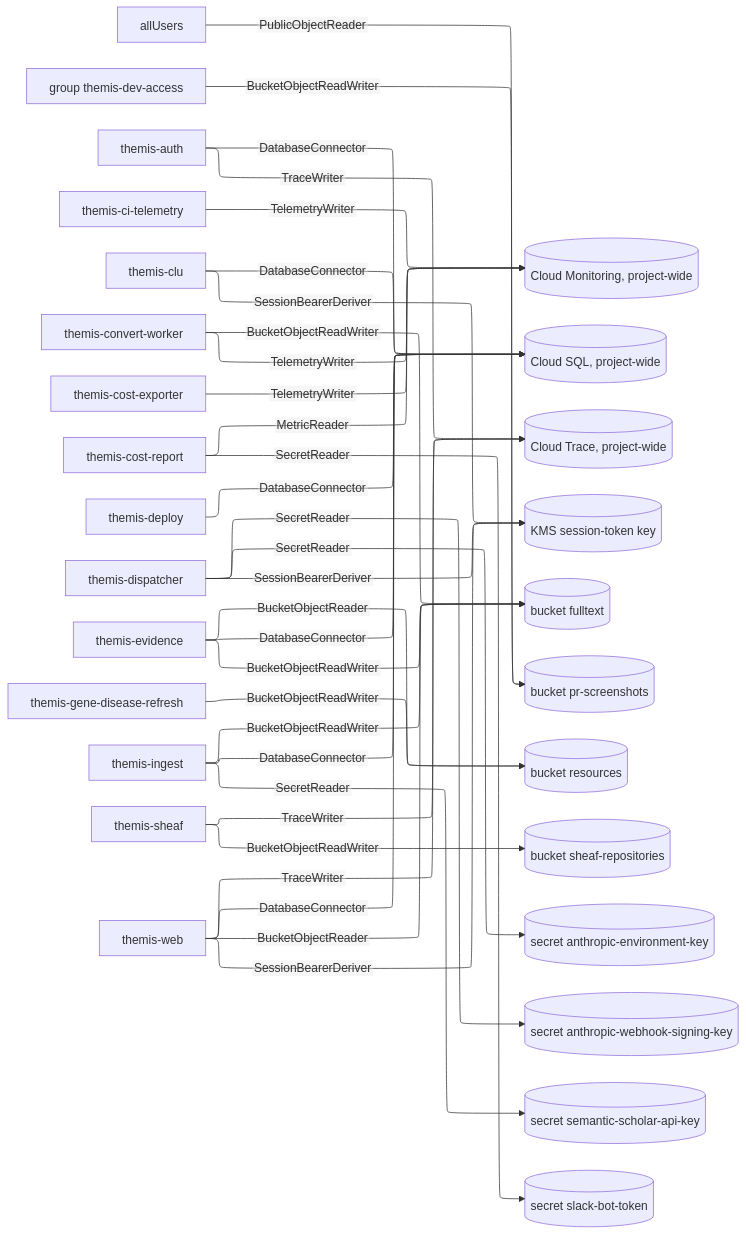
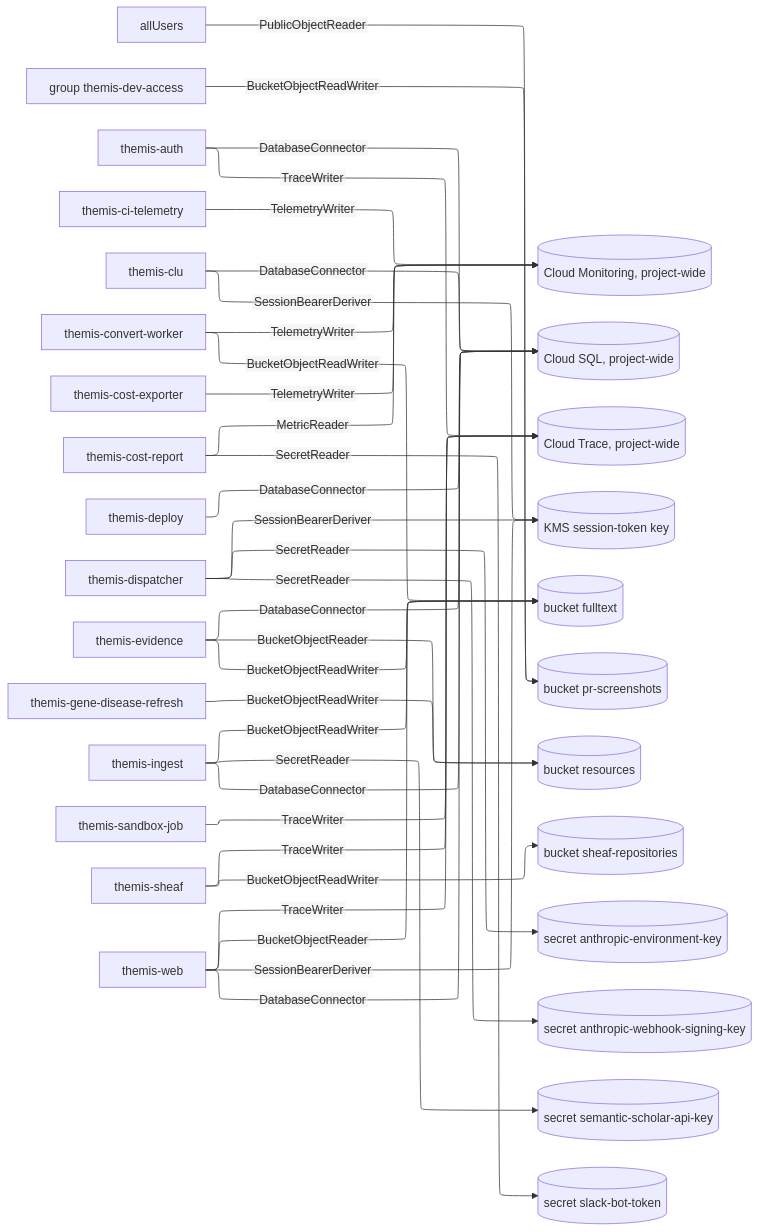
Before and after one commit to populationgenomics/themis: the diagram in docs/design/grants/data.mmd, drawn with Mermaid. The commit also changed 12 other files, not shown here.

First line of the commit message:
sandbox: each session is a trace in Cloud Trace, with a span for every tool call (#802)

```diff
--- a/docs/design/grants/data.mmd
+++ b/docs/design/grants/data.mmd
@@ -1,58 +1,60 @@
 %%{init: {"layout": "elk", "elk": {"mergeEdges": true, "nodePlacementStrategy": "NETWORK_SIMPLEX"}, "htmlLabels": false, "flowchart": {"htmlLabels": false, "wrappingWidth": 320}}}%%
 flowchart LR
     n0["allUsers"]
     n1["group themis-dev-access"]
     n2["themis-auth"]
     n3["themis-ci-telemetry"]
     n4["themis-clu"]
     n5["themis-convert-worker"]
     n6["themis-cost-exporter"]
     n7["themis-cost-report"]
     n8["themis-deploy"]
     n9["themis-dispatcher"]
     n10["themis-evidence"]
     n11["themis-gene-disease-refresh"]
     n12["themis-ingest"]
-    n13["themis-sheaf"]
-    n14["themis-web"]
-    n15[("Cloud Monitoring, project-wide")]
-    n16[("Cloud SQL, project-wide")]
-    n17[("Cloud Trace, project-wide")]
-    n18[("KMS session-token key")]
-    n19[("bucket fulltext")]
-    n20[("bucket pr-screenshots")]
-    n21[("bucket resources")]
-    n22[("bucket sheaf-repositories")]
-    n23[("secret anthropic-environment-key")]
-    n24[("secret anthropic-webhook-signing-key")]
-    n25[("secret semantic-scholar-api-key")]
-    n26[("secret slack-bot-token")]
-    n0 -->|PublicObjectReader| n20
-    n1 -->|BucketObjectReadWriter| n20
-    n2 -->|DatabaseConnector| n16
-    n2 -->|TraceWriter| n17
-    n3 -->|TelemetryWriter| n15
-    n4 -->|DatabaseConnector| n16
-    n4 -->|SessionBearerDeriver| n18
-    n5 -->|BucketObjectReadWriter| n19
-    n5 -->|TelemetryWriter| n15
-    n6 -->|TelemetryWriter| n15
-    n7 -->|MetricReader| n15
-    n7 -->|SecretReader| n26
-    n8 -->|DatabaseConnector| n16
-    n9 -->|SecretReader| n23
+    n13["themis-sandbox-job"]
+    n14["themis-sheaf"]
+    n15["themis-web"]
+    n16[("Cloud Monitoring, project-wide")]
+    n17[("Cloud SQL, project-wide")]
+    n18[("Cloud Trace, project-wide")]
+    n19[("KMS session-token key")]
+    n20[("bucket fulltext")]
+    n21[("bucket pr-screenshots")]
+    n22[("bucket resources")]
+    n23[("bucket sheaf-repositories")]
+    n24[("secret anthropic-environment-key")]
+    n25[("secret anthropic-webhook-signing-key")]
+    n26[("secret semantic-scholar-api-key")]
+    n27[("secret slack-bot-token")]
+    n0 -->|PublicObjectReader| n21
+    n1 -->|BucketObjectReadWriter| n21
+    n2 -->|DatabaseConnector| n17
+    n2 -->|TraceWriter| n18
+    n3 -->|TelemetryWriter| n16
+    n4 -->|DatabaseConnector| n17
+    n4 -->|SessionBearerDeriver| n19
+    n5 -->|BucketObjectReadWriter| n20
+    n5 -->|TelemetryWriter| n16
+    n6 -->|TelemetryWriter| n16
+    n7 -->|MetricReader| n16
+    n7 -->|SecretReader| n27
+    n8 -->|DatabaseConnector| n17
     n9 -->|SecretReader| n24
-    n9 -->|SessionBearerDeriver| n18
-    n10 -->|BucketObjectReadWriter| n19
-    n10 -->|BucketObjectReader| n21
-    n10 -->|DatabaseConnector| n16
-    n11 -->|BucketObjectReadWriter| n21
-    n12 -->|BucketObjectReadWriter| n19
-    n12 -->|DatabaseConnector| n16
-    n12 -->|SecretReader| n25
-    n13 -->|BucketObjectReadWriter| n22
-    n13 -->|TraceWriter| n17
-    n14 -->|BucketObjectReader| n19
-    n14 -->|DatabaseConnector| n16
-    n14 -->|SessionBearerDeriver| n18
-    n14 -->|TraceWriter| n17
+    n9 -->|SecretReader| n25
+    n9 -->|SessionBearerDeriver| n19
+    n10 -->|BucketObjectReadWriter| n20
+    n10 -->|BucketObjectReader| n22
+    n10 -->|DatabaseConnector| n17
+    n11 -->|BucketObjectReadWriter| n22
+    n12 -->|BucketObjectReadWriter| n20
+    n12 -->|DatabaseConnector| n17
+    n12 -->|SecretReader| n26
+    n13 -->|TraceWriter| n18
+    n14 -->|BucketObjectReadWriter| n23
+    n14 -->|TraceWriter| n18
+    n15 -->|BucketObjectReader| n20
+    n15 -->|DatabaseConnector| n17
+    n15 -->|SessionBearerDeriver| n19
+    n15 -->|TraceWriter| n18
```
